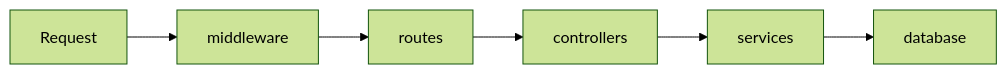
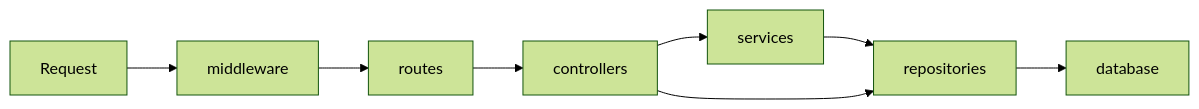
The third of 3 diagrams in docs/architecture/control-plane-api.md (Aevrin-ai/modelWrecker), drawn with Mermaid (forest theme) before and after one commit. The commit also changed other lines of this file and 77 other files, not shown here.

First line of the commit message:
refactor(api): move every database query into a repositories layer (#90)

````diff
--- a/docs/architecture/control-plane-api.md
+++ b/docs/architecture/control-plane-api.md
@@ -430,8 +431,10 @@
 ```mermaid
 flowchart LR
   REQ[Request] --> MW[middleware]
   MW --> RT[routes]
   RT --> CT[controllers]
   CT --> SV[services]
-  SV --> DB[database]
+  SV --> RP[repositories]
+  CT --> RP
+  RP --> DB[database]
 ```
````
